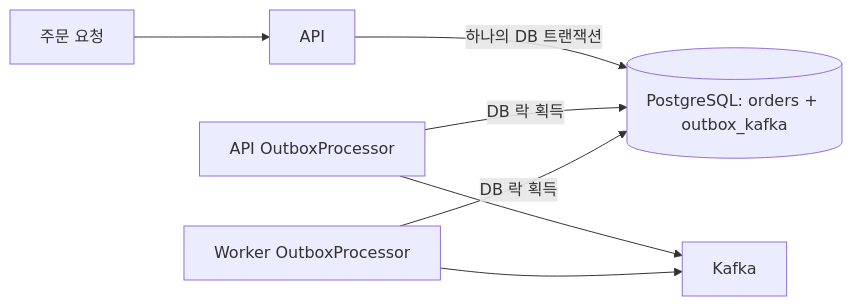
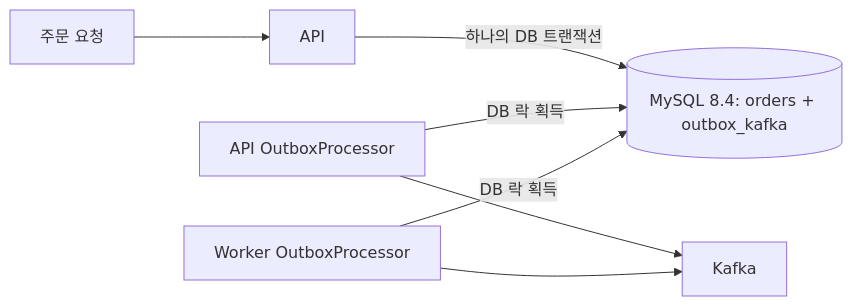
Before and after one commit to xeounxzxu/outbox-pattern-study: the diagram in README.md, drawn with Mermaid. The commit also changed other lines of this file and 19 other files, not shown here.

````diff
--- a/README.md
+++ b/README.md
@@ -15,9 +15,9 @@
 ```mermaid
 flowchart LR
     Request[주문 요청] --> API
-    API -->|하나의 DB 트랜잭션| DB[(PostgreSQL: orders + outbox_kafka)]
+    API -->|하나의 DB 트랜잭션| DB[(MySQL 8.4: orders + outbox_kafka)]
     APIProcessor[API OutboxProcessor] -->|DB 락 획득| DB
     Worker[Worker OutboxProcessor] -->|DB 락 획득| DB
     APIProcessor --> Kafka
     Worker --> Kafka
 ```
````
